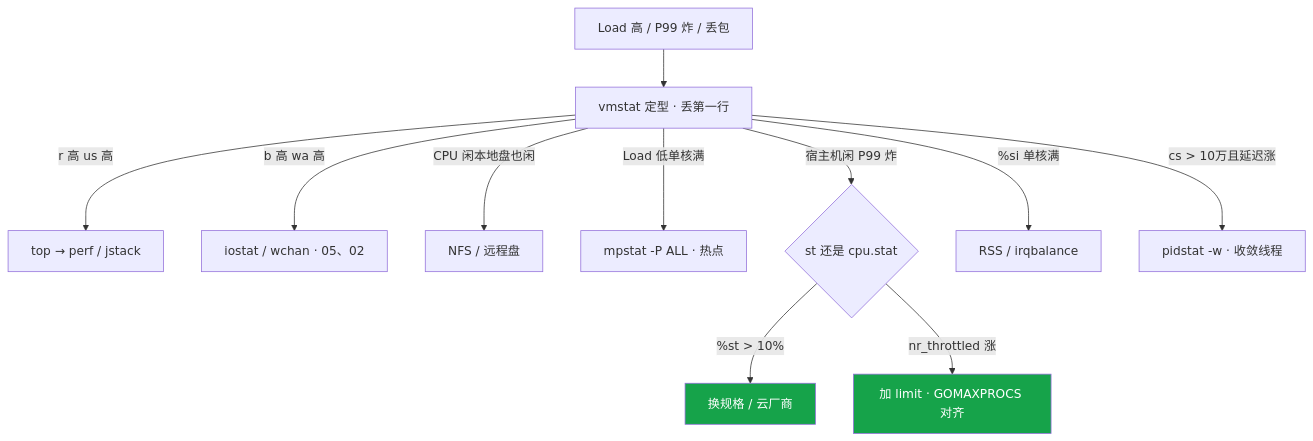
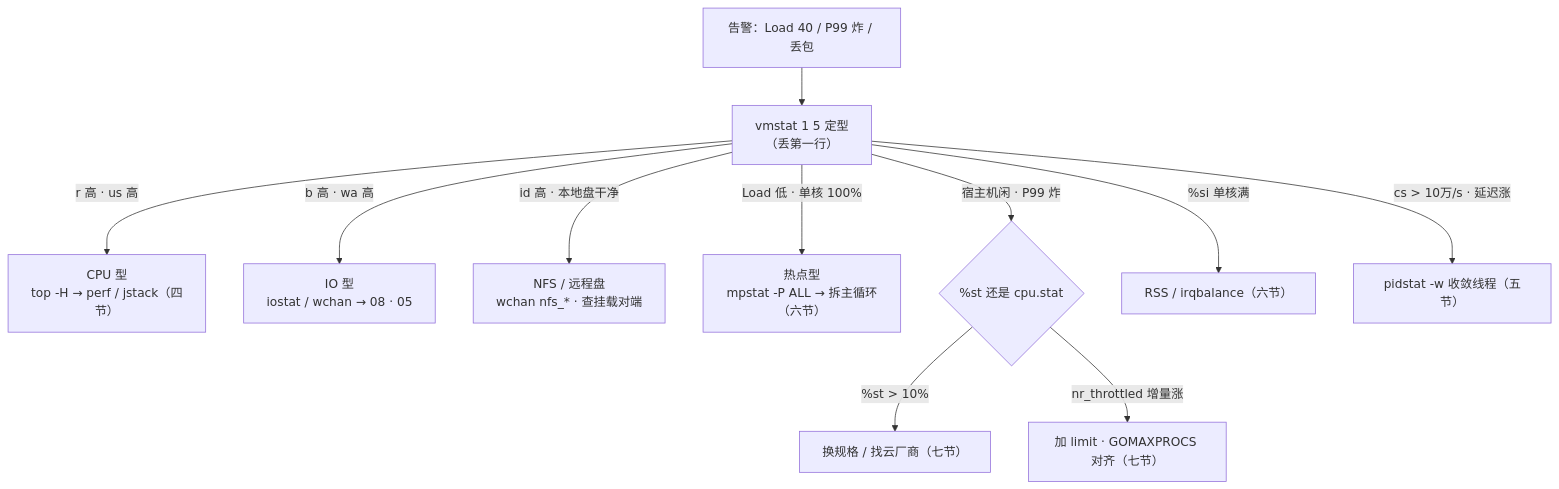
The fifth of 5 diagrams in 01-基础底座/06-CPU与Load/知识点.md (ml-cuizijun/LearnToLilith), drawn with Mermaid before and after one commit. The commit also changed other lines of this file and 470 other files, not shown here.

````diff
--- a/01-基础底座/06-CPU与Load/知识点.md
+++ b/01-基础底座/06-CPU与Load/知识点.md
@@ -940,16 +437,13 @@
 ```mermaid
 flowchart TB
-    A["Load 高 / P99 炸 / 丢包"] --> B[vmstat 定型 · 丢第一行]
-    B -->|r 高 us 高| C[top → perf / jstack]
-    B -->|b 高 wa 高| D["iostat / wchan · 05、02"]
-    B -->|CPU 闲本地盘也闲| E[NFS / 远程盘]
-    B -->|Load 低单核满| F["mpstat -P ALL · 热点"]
-    B -->|宿主机闲 P99 炸| G{st 还是 cpu.stat}
-    G -->|%st > 10%| H[换规格 / 云厂商]
-    G -->|nr_throttled 涨| I[加 limit · GOMAXPROCS 对齐]
-    B -->|%si 单核满| J[RSS / irqbalance]
-    B -->|cs > 10万且延迟涨| K[pidstat -w · 收敛线程]
-
-    classDef ok fill:#16A34A,color:#fff
-    class H,I ok
+    A["告警：Load 40 / P99 炸 / 丢包"] --> B["vmstat 1 5 定型<br/>（丢第一行）"]
+    B -->|"r 高 · us 高"| C["CPU 型<br/>top -H → perf / jstack（四节）"]
+    B -->|"b 高 · wa 高"| D["IO 型<br/>iostat / wchan → 08 · 05"]
+    B -->|"id 高 · 本地盘干净"| E["NFS / 远程盘<br/>wchan nfs_* · 查挂载对端"]
+    B -->|"Load 低 · 单核 100%"| F["热点型<br/>mpstat -P ALL → 拆主循环（六节）"]
+    B -->|"宿主机闲 · P99 炸"| G{"%st 还是 cpu.stat"}
+    G -->|"%st > 10%"| H["换规格 / 找云厂商（七节）"]
+    G -->|"nr_throttled 增量涨"| I["加 limit · GOMAXPROCS 对齐（七节）"]
+    B -->|"%si 单核满"| J["RSS / irqbalance（六节）"]
+    B -->|"cs > 10万/s · 延迟涨"| K["pidstat -w 收敛线程（五节）"]
 ```
````
